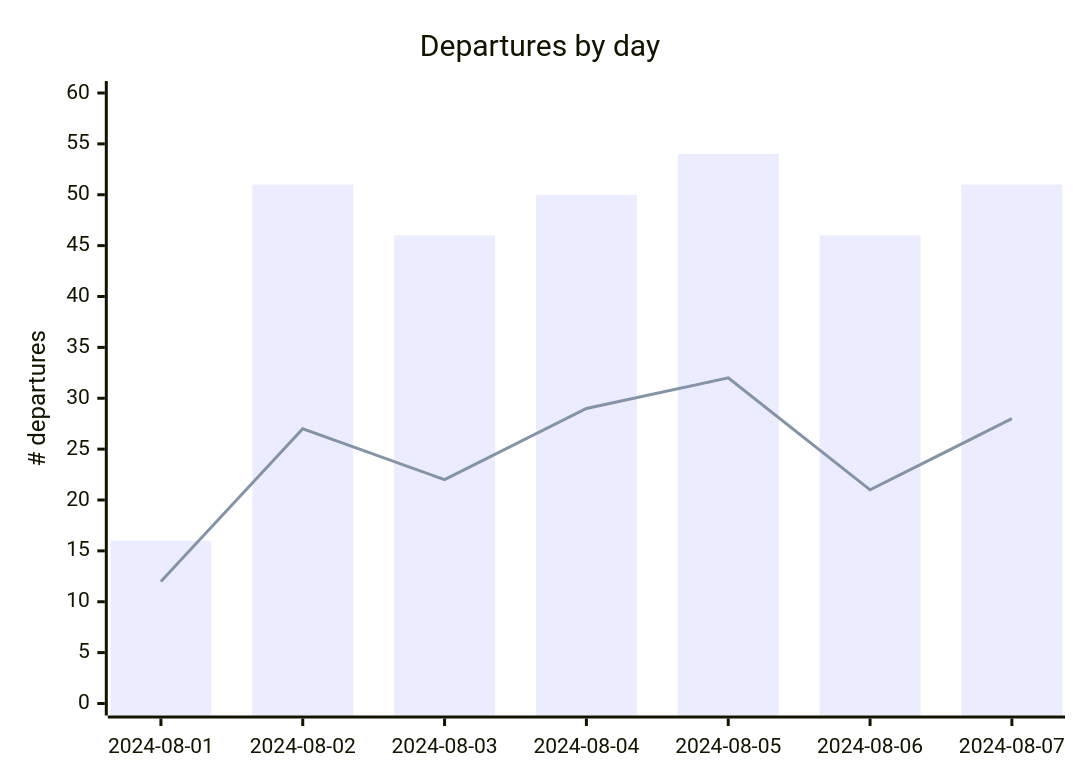
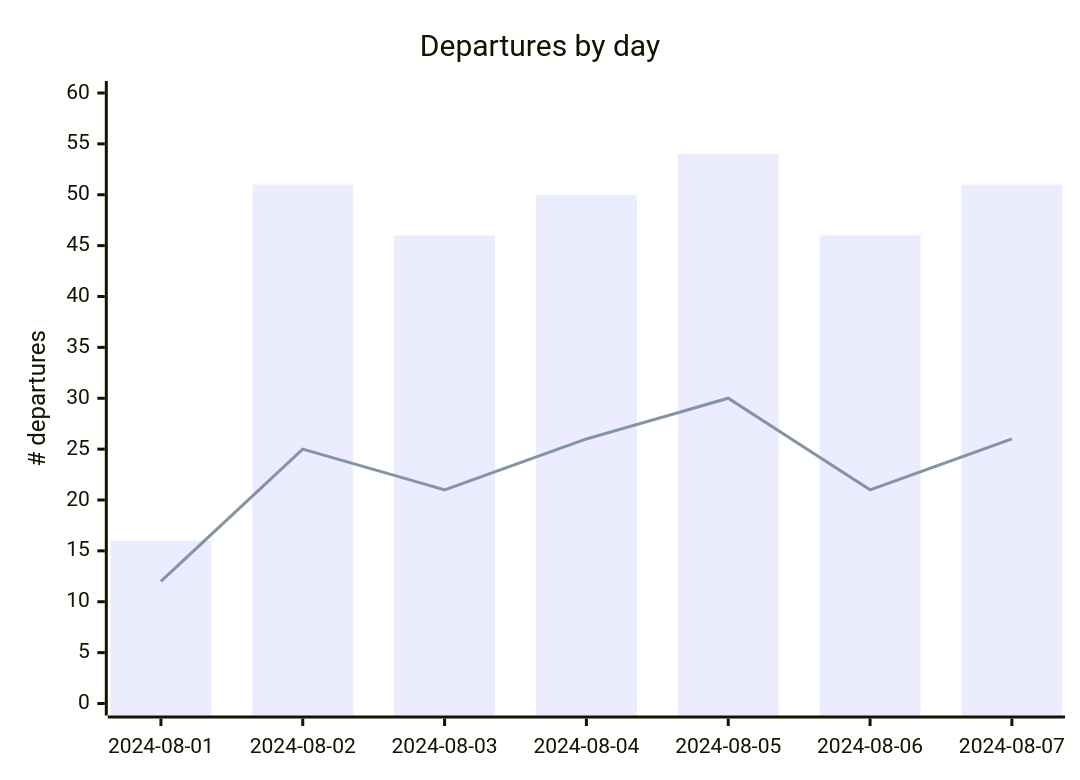
One commit to rainermesi/tll-airport-departures changed the first of 2 diagrams in README.md. Above: the diagram before and after it, drawn with Mermaid. The commit also changed other lines of this file, not shown here.

````diff
--- a/README.md
+++ b/README.md
@@ -9,8 +9,8 @@
 ```mermaid
 xychart-beta
     title "Departures by day"
     x-axis ["2024-08-01", "2024-08-02", "2024-08-03", "2024-08-04", "2024-08-05", "2024-08-06", "2024-08-07"]
     y-axis "# departures" 0 --> 60
     bar [16, 51, 46, 50, 54, 46, 51]
-    line [12, 27, 22, 29, 32, 21, 28]
+    line [12, 25, 21, 26, 30, 21, 26]
 ```
````
